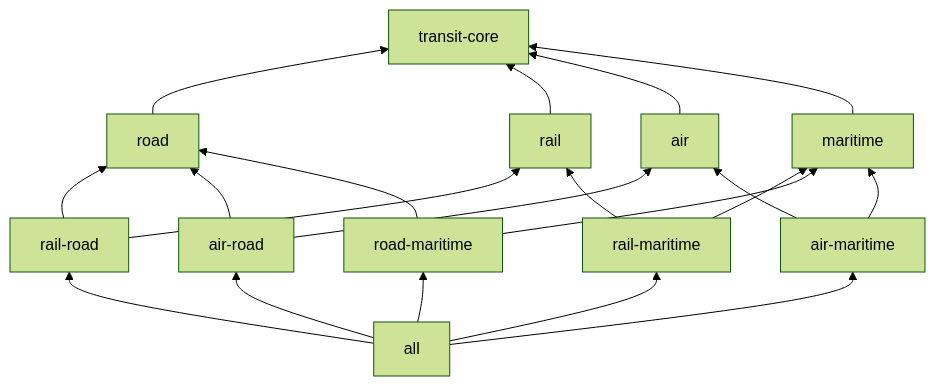
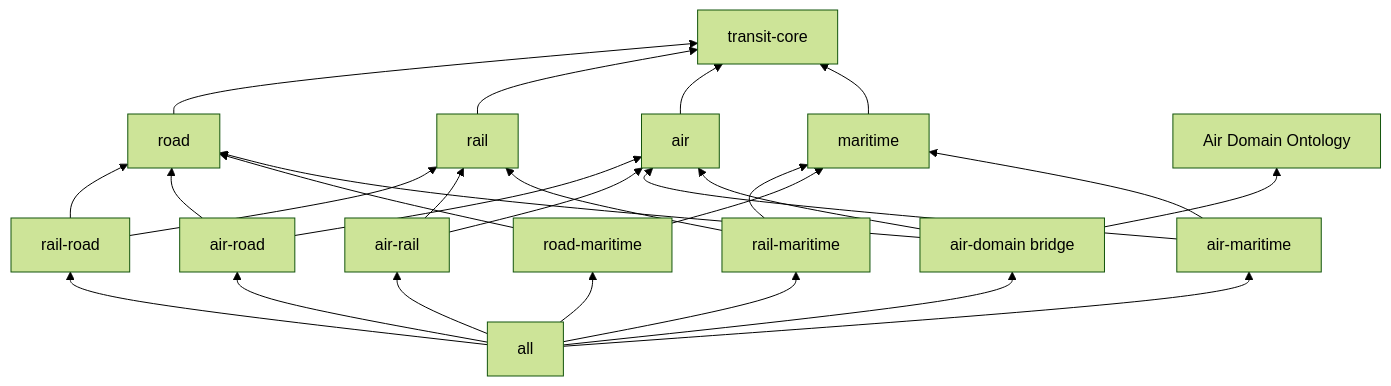
The diagram in README.md (Hereuki/Transit_Logistic_Ontology), drawn with Mermaid (forest theme) before and after one commit. The commit also changed other lines of this file and 2 other files, not shown here.

````diff
--- a/README.md
+++ b/README.md
@@ -32,23 +34,30 @@
 ```mermaid
 graph BT
     core[transit-core]
     road --> core
     rail --> core
     air --> core
     maritime --> core
     rr[rail-road] --> rail
     rr --> road
     ar[air-road] --> air
     ar --> road
+    arl[air-rail] --> air
+    arl --> rail
     rm[rail-maritime] --> rail
     rm --> maritime
     rdm[road-maritime] --> road
     rdm --> maritime
     am[air-maritime] --> air
     am --> maritime
+    adb[air-domain bridge] --> air
+    adb --> road
+    adb --> ado[Air Domain Ontology]
     all --> rr
     all --> ar
+    all --> arl
     all --> rm
     all --> rdm
     all --> am
+    all --> adb
 ```
````
